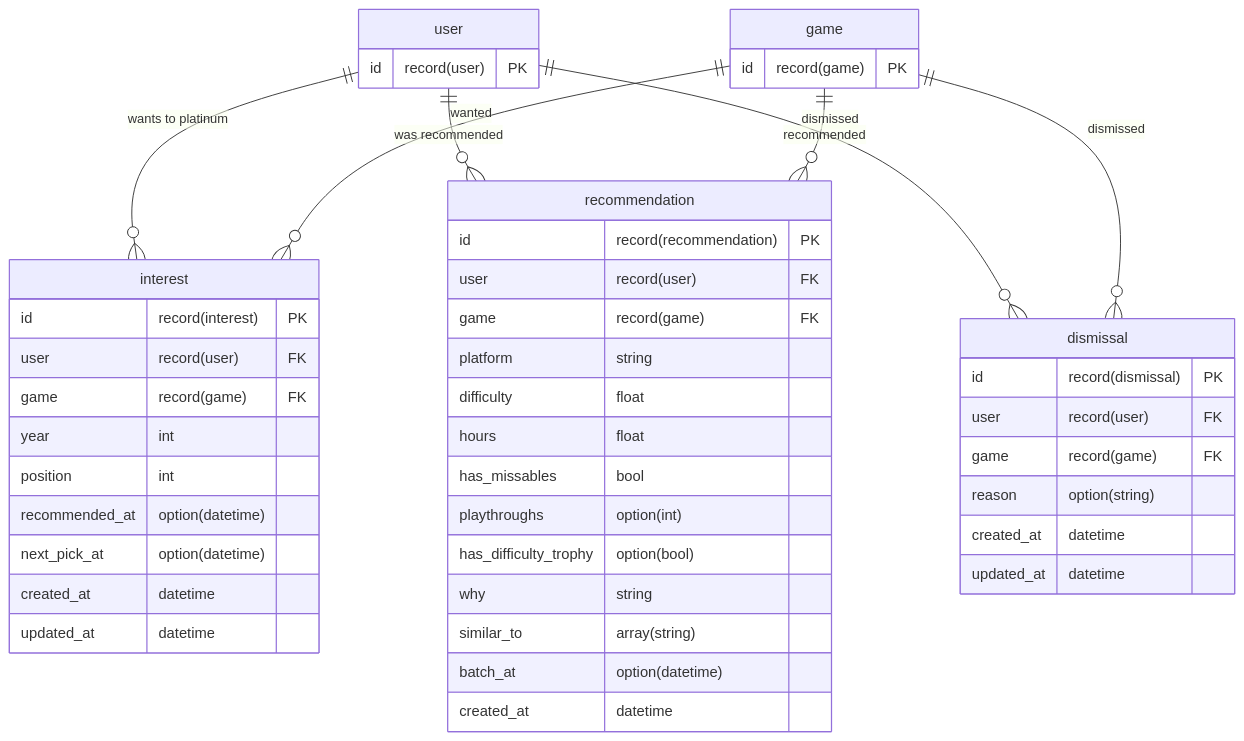
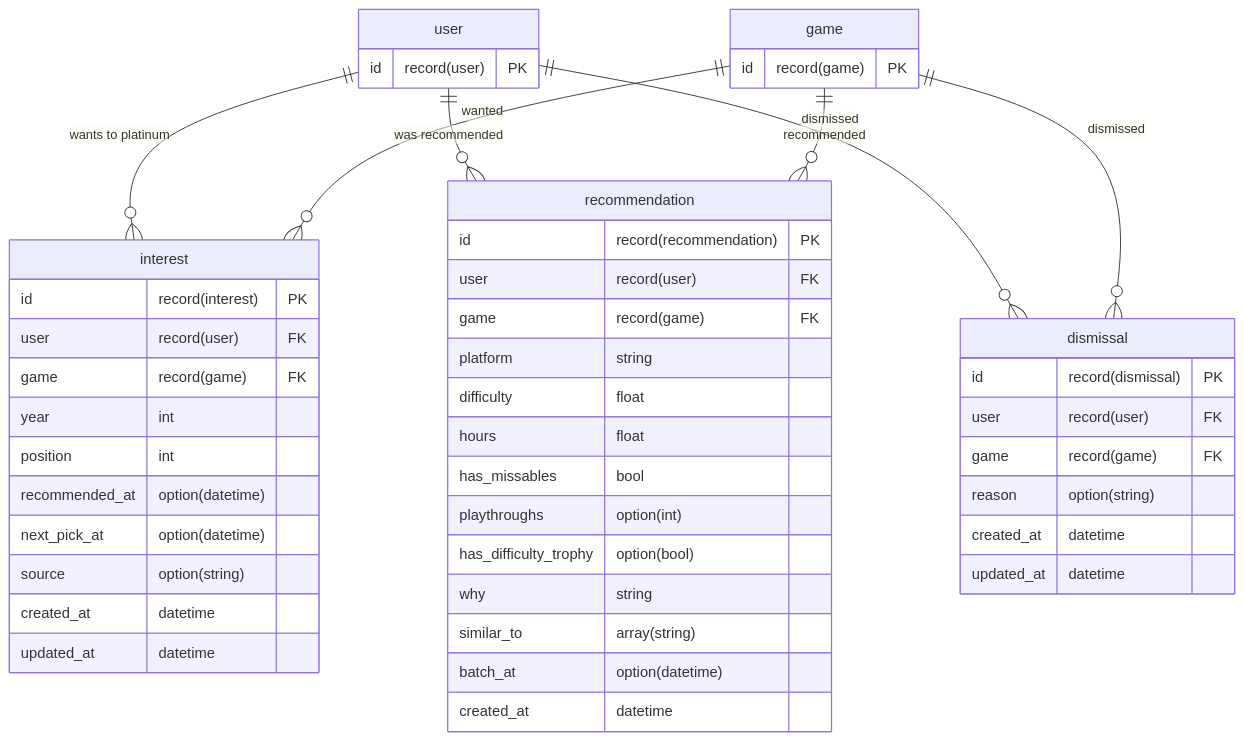
The second of 5 diagrams in docs/database.md (renatoaug/platjourney), drawn with Mermaid before and after one commit. The commit also changed other lines of this file and 103 other files, not shown here.

````diff
--- a/docs/database.md
+++ b/docs/database.md
@@ -106,49 +107,50 @@
 ```mermaid
 erDiagram
     user ||--o{ interest : "wants to platinum"
     game ||--o{ interest : "wanted"
     user ||--o{ recommendation : "was recommended"
     game ||--o{ recommendation : "recommended"
     user ||--o{ dismissal : "dismissed"
     game ||--o{ dismissal : "dismissed"
     interest {
         id record(interest) PK
         user record(user) FK
         game record(game) FK
         year int
         position int
         recommended_at option(datetime)
         next_pick_at option(datetime)
+        source option(string)
         created_at datetime
         updated_at datetime
     }
     recommendation {
         id record(recommendation) PK
         user record(user) FK
         game record(game) FK
         platform string
         difficulty float
         hours float
         has_missables bool
         playthroughs option(int)
         has_difficulty_trophy option(bool)
         why string
         similar_to array(string)
         batch_at option(datetime)
         created_at datetime
     }
     dismissal {
         id record(dismissal) PK
         user record(user) FK
         game record(game) FK
         reason option(string)
         created_at datetime
         updated_at datetime
     }
     user {
         id record(user) PK
     }
     game {
         id record(game) PK
     }
 ```
````
